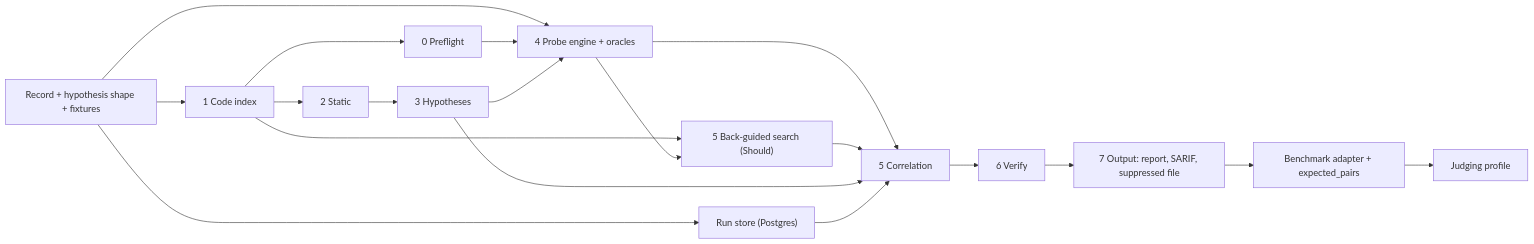
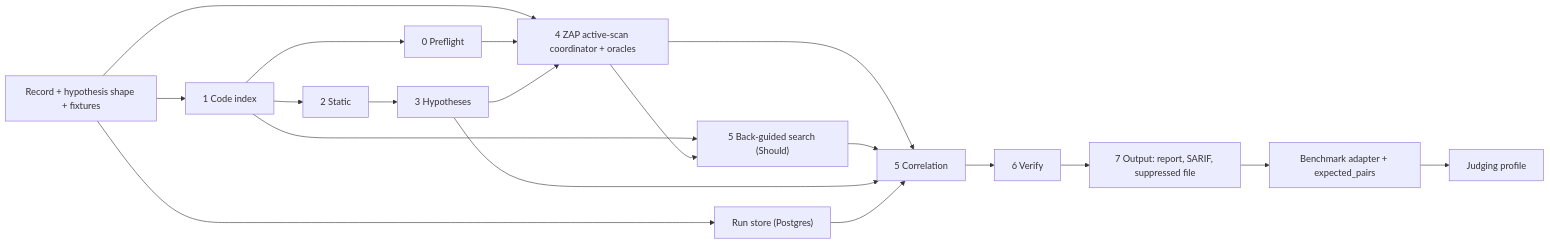
The diagram in docs/implementation-plan.md (ROHITH-KUMAR-L/elenchus), drawn with Mermaid before and after one commit. The commit also changed other lines of this file and 6 other files, not shown here.

First line of the commit message:
Refactor documentation to reflect ZAP as the active probe engine

````diff
--- a/docs/implementation-plan.md
+++ b/docs/implementation-plan.md
@@ -130,22 +130,22 @@
 ```mermaid
 flowchart LR
     contract["Record + hypothesis shape + fixtures"]
     contract --> idx["1 Code index"]
     idx --> sta["2 Static"]
     sta --> hyp["3 Hypotheses"]
     idx --> pre["0 Preflight"]
-    contract --> probe["4 Probe engine + oracles"]
+    contract --> probe["4 ZAP active-scan coordinator + oracles"]
     pre --> probe
     hyp --> probe
     contract --> store["Run store (Postgres)"]
     probe --> corr["5 Correlation"]
     idx --> bg["5 Back-guided search (Should)"]
     probe --> bg
     bg --> corr
     hyp --> corr
     store --> corr
     corr --> ver["6 Verify"]
     ver --> out["7 Output: report, SARIF, suppressed file"]
     out --> bench["Benchmark adapter + expected_pairs"]
     bench --> judge["Judging profile"]
 ```
````
